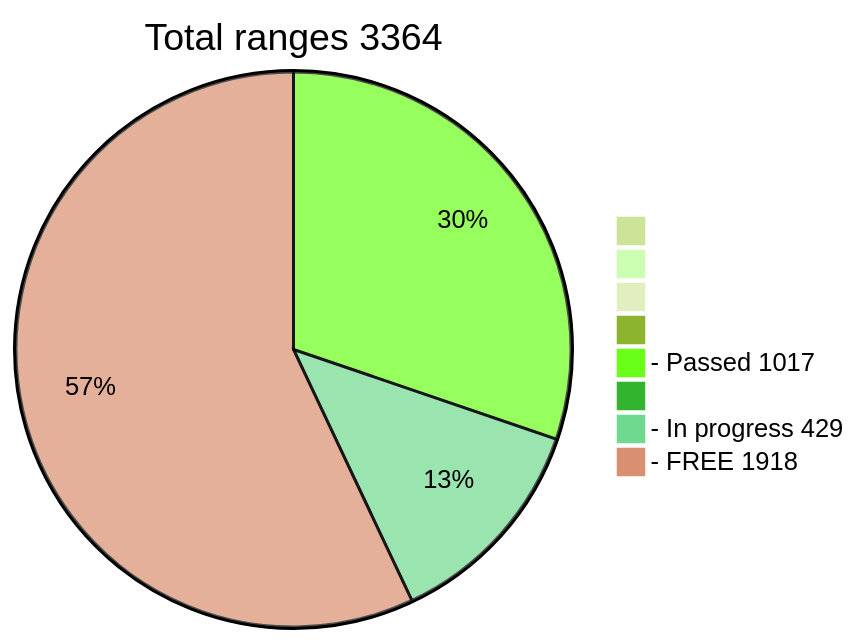
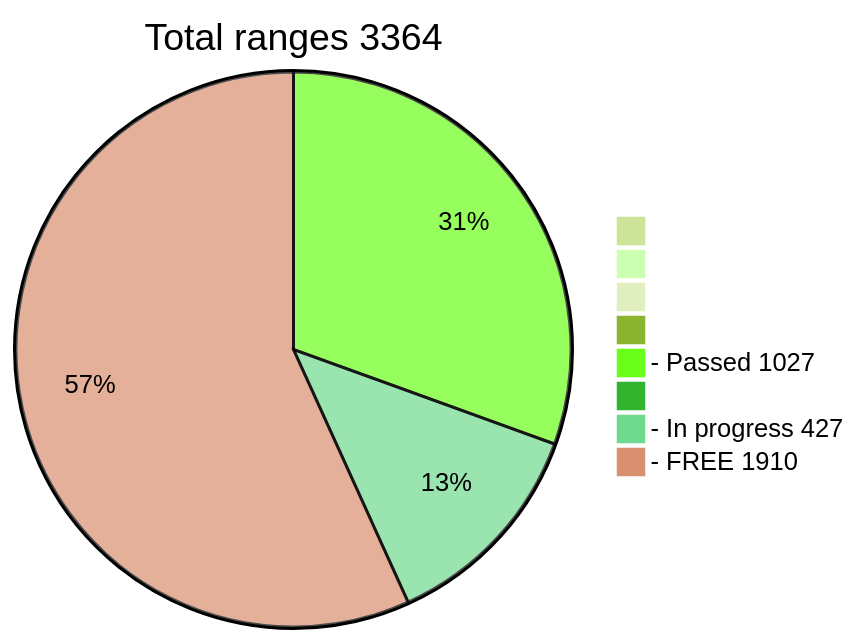
One commit to phrutis/wif500 changed the diagram in README.md. Above: the diagram before and after it, drawn with Mermaid (forest theme).

````diff
--- a/README.md
+++ b/README.md
@@ -16,12 +16,12 @@
 ```mermaid
 pie title Total ranges 3364
              " " : 0
             "  " : 0
            "   " : 0
           "    " : 0
-  "- Passed 1017" : 1017
+  "- Passed 1027" : 1027
          "     " : 0
-  "- In progress 429" : 429
-   "- FREE 1918" : 1918
+  "- In progress 427" : 427
+   "- FREE 1910" : 1910
    
 ```
````
